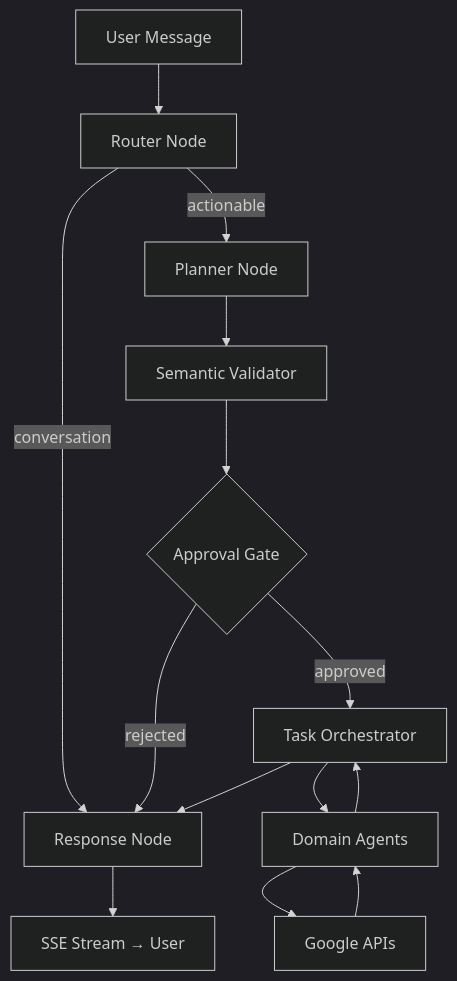
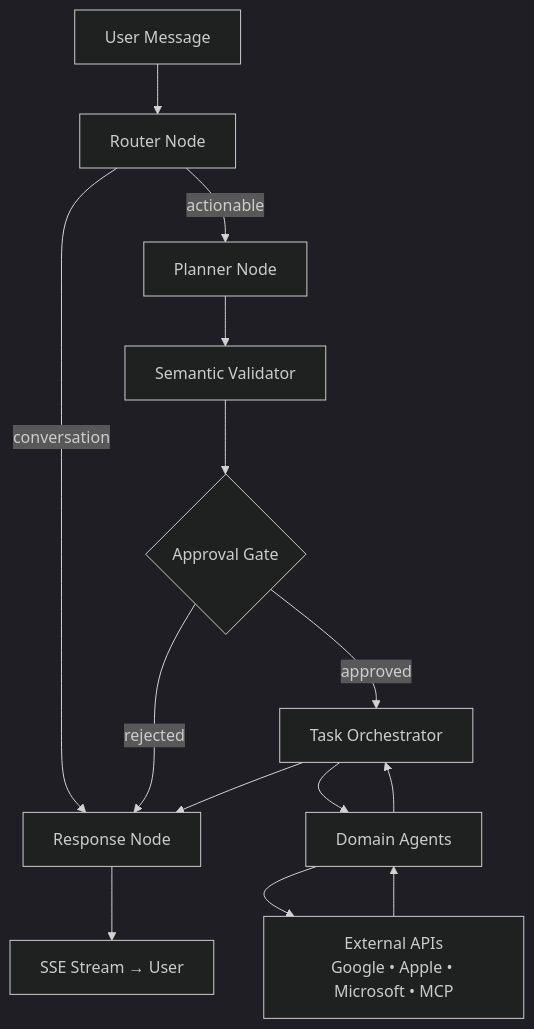
The diagram in README.md (jgouviergmail/LIA-Assistant), drawn with Mermaid (dark theme) before and after one commit. The commit also changed other lines of this file, not shown here.

````diff
--- a/README.md
+++ b/README.md
@@ -496,16 +497,16 @@
 ```mermaid
 graph TD
     A[User Message] --> B[Router Node]
     B -->|conversation| C[Response Node]
     B -->|actionable| D[Planner Node]
     D --> E[Semantic Validator]
     E --> F{Approval Gate}
     F -->|approved| G[Task Orchestrator]
     F -->|rejected| C
     G --> H[Domain Agents]
-    H --> I[Google APIs]
+    H --> I[External APIs\nGoogle • Apple • Microsoft • MCP]
     I --> H
     H --> G
     G --> C
     C --> J[SSE Stream → User]
 ```
````
